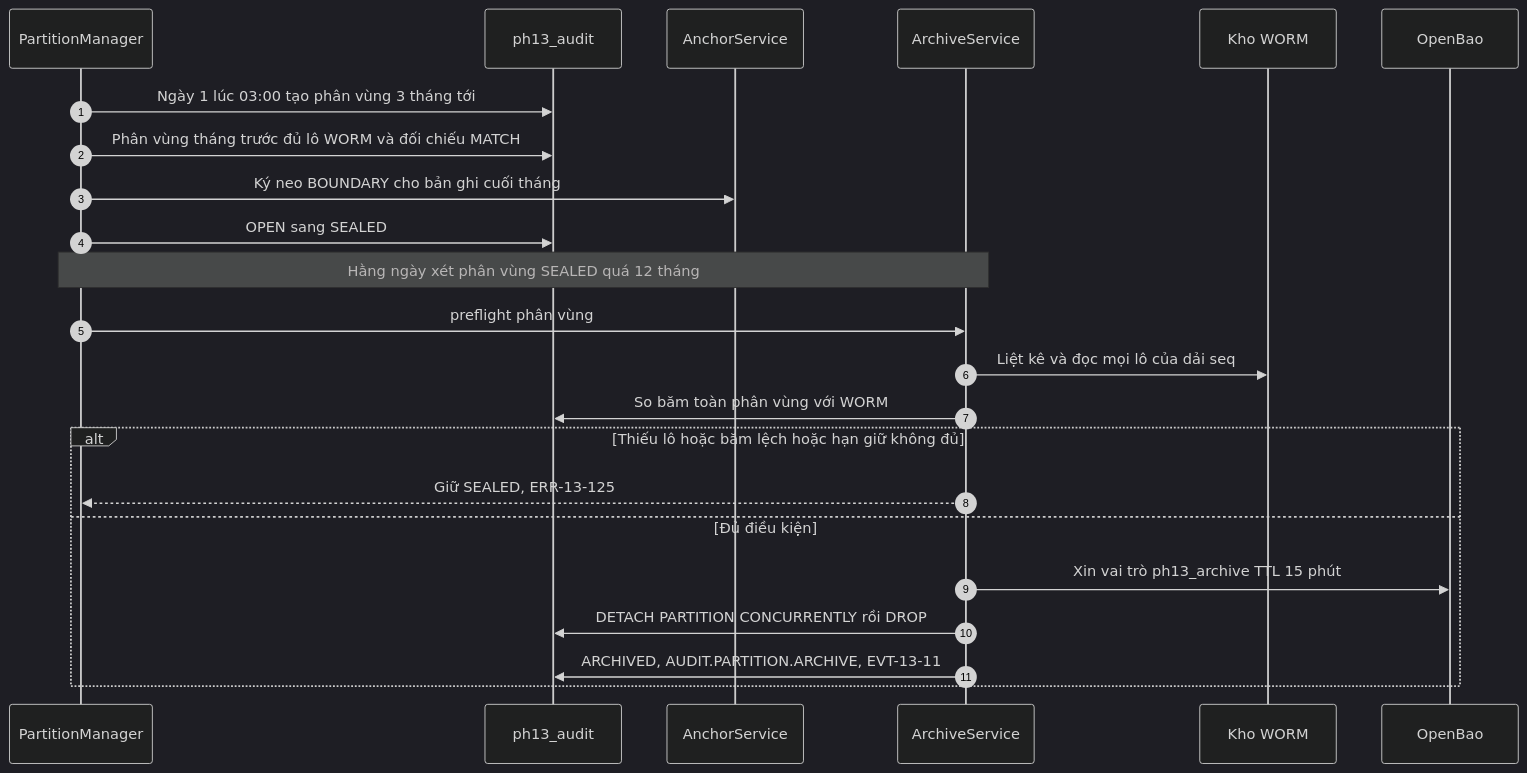
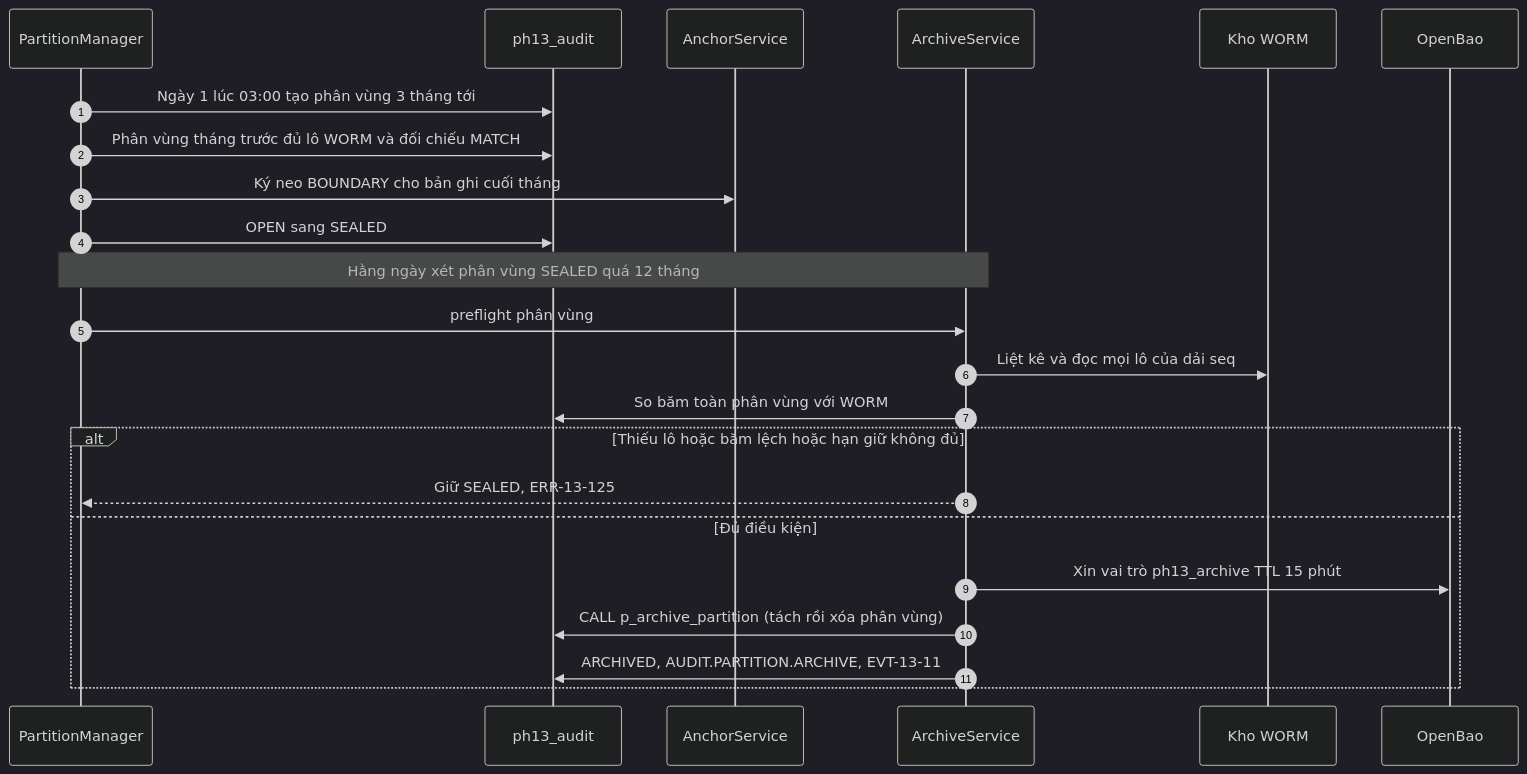
Diagram 14 of 14 in datahub-docs/03-thiet-ke/sdd/D03-02-PH13-sdd-giam-sat-kiem-toan.md (caprocute/DATAHUB), drawn with Mermaid (dark theme) before and after one commit. The commit also changed other lines of this file and 17 other files, not shown here.

````diff
--- a/datahub-docs/03-thiet-ke/sdd/D03-02-PH13-sdd-giam-sat-kiem-toan.md
+++ b/datahub-docs/03-thiet-ke/sdd/D03-02-PH13-sdd-giam-sat-kiem-toan.md
@@ -1845,25 +1845,25 @@
 ```{.mermaid caption="Chốt và lưu trữ phân vùng kiểm toán (FR-13-018)"}
 sequenceDiagram
   autonumber
   participant PM as PartitionManager
   participant PG as ph13_audit
   participant AN as AnchorService
   participant AS as ArchiveService
   participant WM as Kho WORM
   participant OB as OpenBao
   PM->>PG: Ngày 1 lúc 03:00 tạo phân vùng 3 tháng tới
   PM->>PG: Phân vùng tháng trước đủ lô WORM và đối chiếu MATCH
   PM->>AN: Ký neo BOUNDARY cho bản ghi cuối tháng
   PM->>PG: OPEN sang SEALED
   Note over PM,AS: Hằng ngày xét phân vùng SEALED quá 12 tháng
   PM->>AS: preflight phân vùng
   AS->>WM: Liệt kê và đọc mọi lô của dải seq
   AS->>PG: So băm toàn phân vùng với WORM
   alt Thiếu lô hoặc băm lệch hoặc hạn giữ không đủ
     AS-->>PM: Giữ SEALED, ERR-13-125
   else Đủ điều kiện
     AS->>OB: Xin vai trò ph13_archive TTL 15 phút
-    AS->>PG: DETACH PARTITION CONCURRENTLY rồi DROP
+    AS->>PG: CALL p_archive_partition (tách rồi xóa phân vùng)
     AS->>PG: ARCHIVED, AUDIT.PARTITION.ARCHIVE, EVT-13-11
   end
 ```
````
